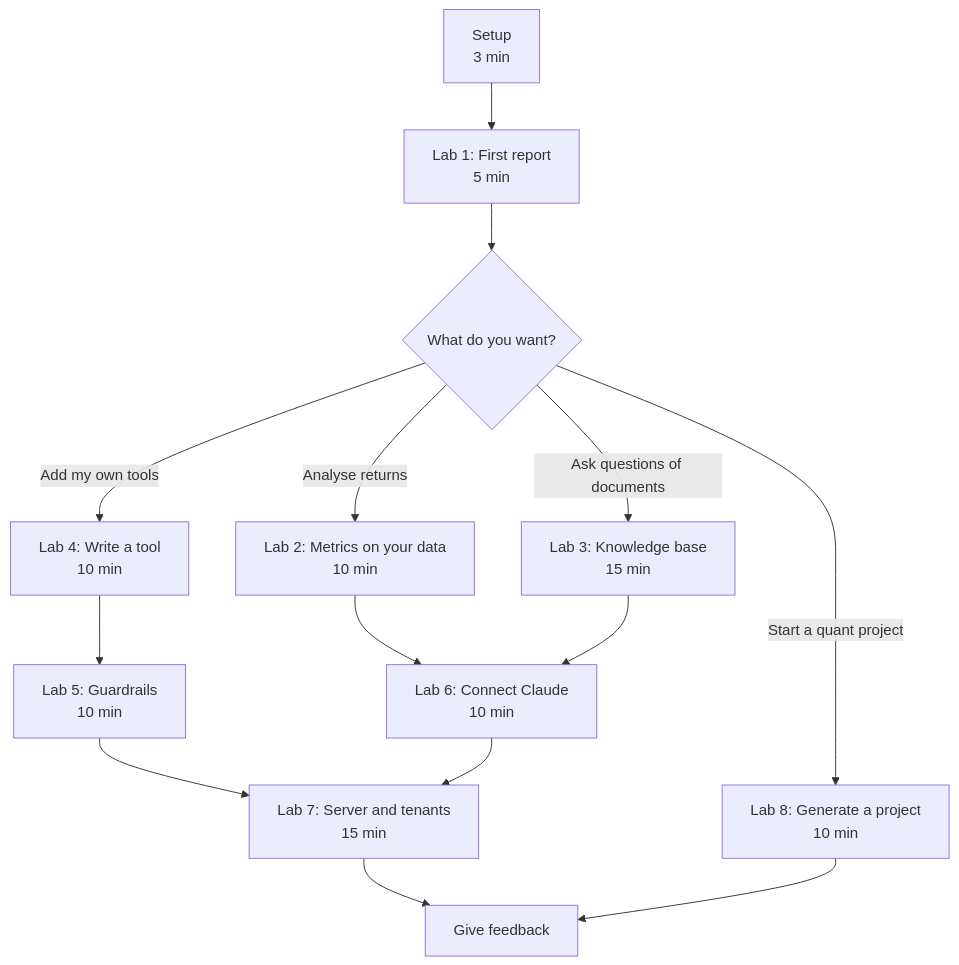
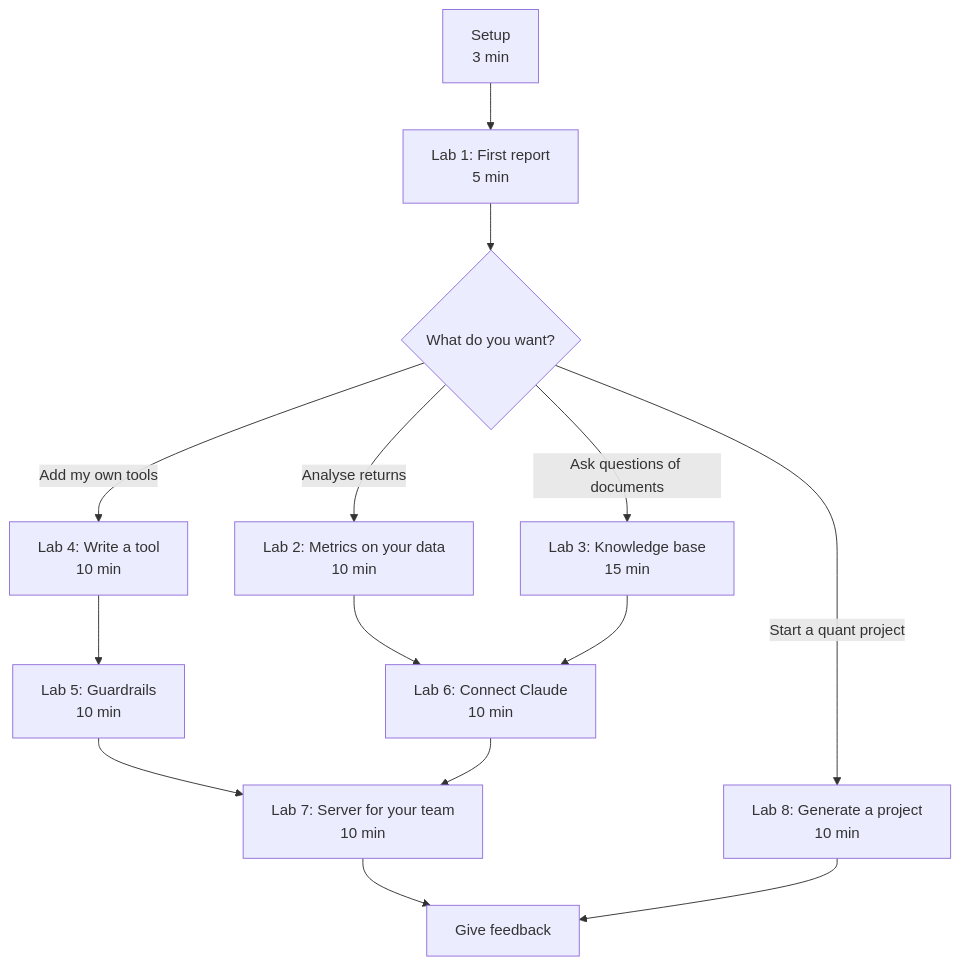
The second of 11 diagrams in docs/tutorial.md (yuxuzi/quant-agent-os), drawn with Mermaid before and after one commit. The commit also changed other lines of this file and 14 other files, not shown here.

````diff
--- a/docs/tutorial.md
+++ b/docs/tutorial.md
@@ -61,16 +61,16 @@
 ```mermaid
 flowchart TD
     S["Setup<br/>3 min"] --> L1["Lab 1: First report<br/>5 min"]
     L1 --> Q{"What do you want?"}
     Q -->|"Analyse returns"| L2["Lab 2: Metrics on your data<br/>10 min"]
     Q -->|"Ask questions of documents"| L3["Lab 3: Knowledge base<br/>15 min"]
     Q -->|"Add my own tools"| L4["Lab 4: Write a tool<br/>10 min"]
     Q -->|"Start a quant project"| L8["Lab 8: Generate a project<br/>10 min"]
     L4 --> L5["Lab 5: Guardrails<br/>10 min"]
     L2 --> L6["Lab 6: Connect Claude<br/>10 min"]
     L3 --> L6
-    L5 --> L7["Lab 7: Server and tenants<br/>15 min"]
+    L5 --> L7["Lab 7: Server for your team<br/>10 min"]
     L6 --> L7
     L7 --> F["Give feedback"]
     L8 --> F
 ```
````
